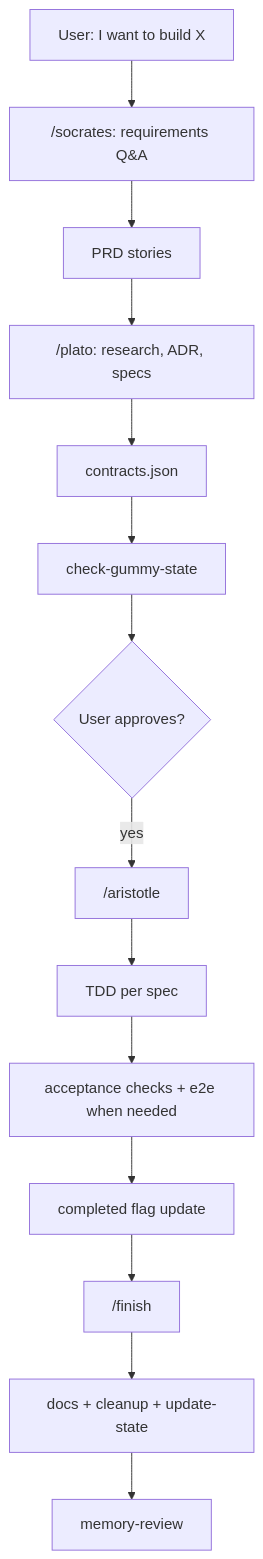
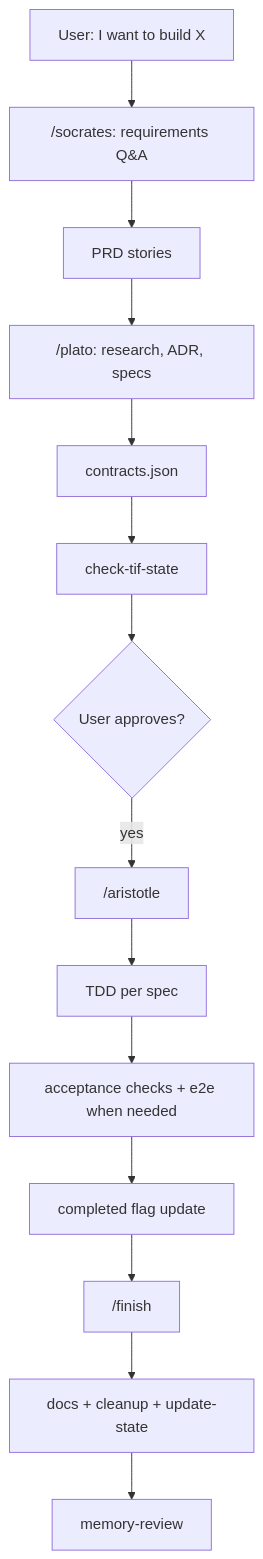
The diagram in README.md (mattoh91/tif), drawn with Mermaid before and after one commit. The commit also changed other lines of this file and 208 other files, not shown here.

First line of the commit message:
chore: rename harness gummy→tif

````diff
--- a/README.md
+++ b/README.md
@@ -59,16 +59,16 @@
 ```mermaid
 flowchart TD
     A["User: I want to build X"] --> B["/socrates: requirements Q&A"]
     B --> C["PRD stories"]
     C --> D["/plato: research, ADR, specs"]
     D --> E["contracts.json"]
-    E --> F["check-gummy-state"]
+    E --> F["check-tif-state"]
     F --> G{"User approves?"}
     G -->|yes| H["/aristotle"]
     H --> I["TDD per spec"]
     I --> J["acceptance checks + e2e when needed"]
     J --> K["completed flag update"]
     K --> L["/finish"]
     L --> M["docs + cleanup + update-state"]
     M --> N["memory-review"]
 ```
````
